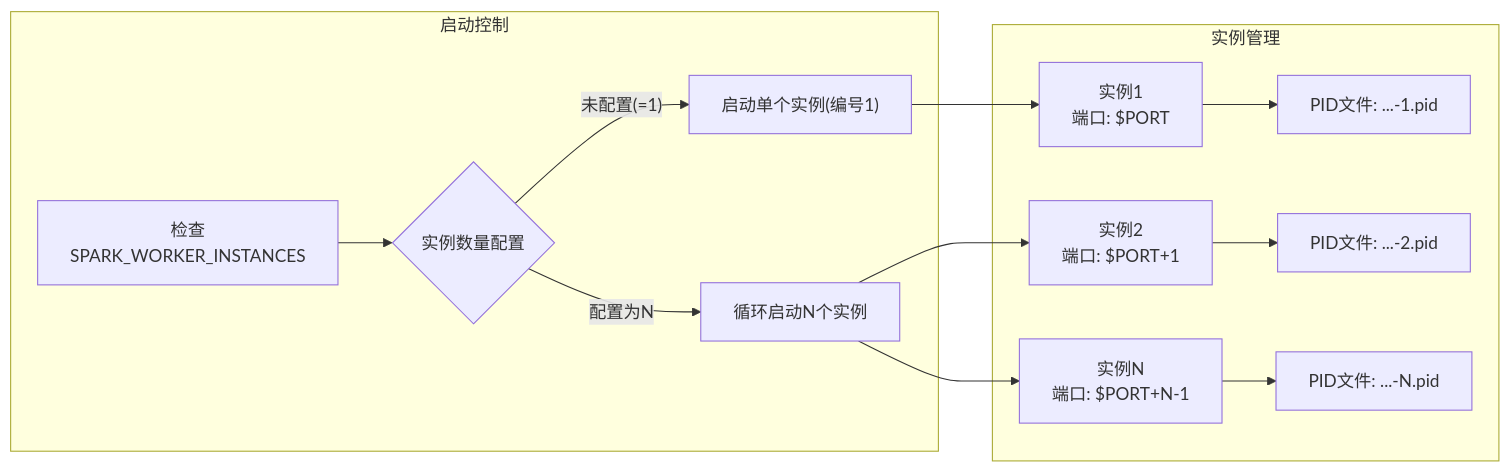
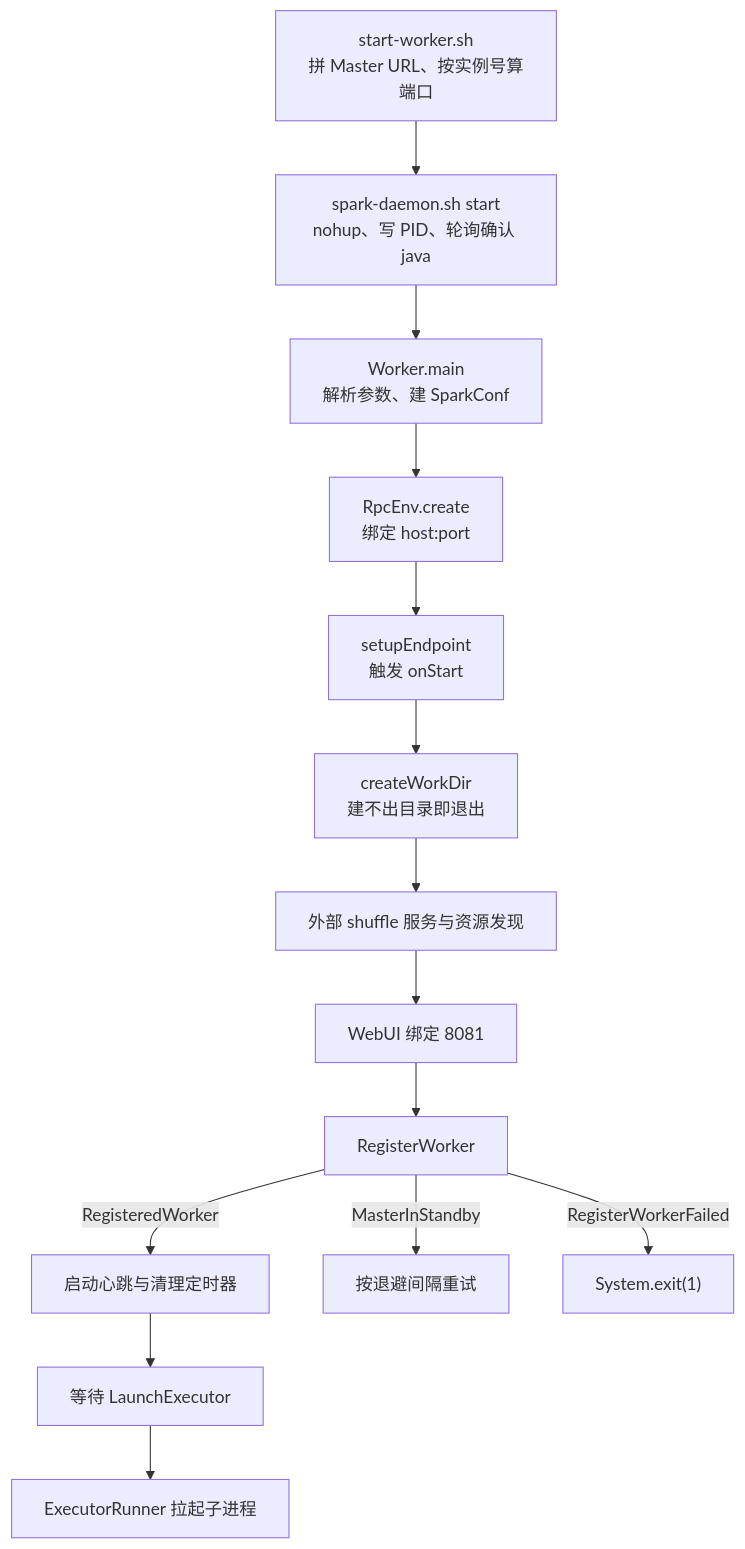
One commit to hpliStartAgain/my-brain changed the first of 5 diagrams in content/大数据/Spark/读书笔记-spark内核/02_系统架构与运行机制/2. Spark_Worker_启动原理.md. Above: the diagram before and after it, drawn with Mermaid. The commit also changed other lines of this file and 259 other files, not shown here.

````diff
--- a/content/大数据/Spark/读书笔记-spark内核/02_系统架构与运行机制/2. Spark_Worker_启动原理.md
+++ b/content/大数据/Spark/读书笔记-spark内核/02_系统架构与运行机制/2. Spark_Worker_启动原理.md
@@ -120,18 +59,17 @@
 ```mermaid
-flowchart LR
-    subgraph "启动控制"
-        A["检查SPARK_WORKER_INSTANCES"] --> B{"实例数量配置"}
-        B -->|"未配置(=1)"| C["启动单个实例(编号1)"]
-        B -->|"配置为N"| D["循环启动N个实例"]
-    end
-    
-    subgraph "实例管理"
-        E["实例1<br>端口: $PORT"] --> F["PID文件: ...-1.pid"]
-        G["实例2<br>端口: $PORT+1"] --> H["PID文件: ...-2.pid"]
-        I["实例N<br>端口: $PORT+N-1"] --> J["PID文件: ...-N.pid"]
-    end
-    
-    C --> E
-    D --> G
-    D --> I
+%%{init: {'theme': 'dracula'}}%%
+flowchart TD
+    A["start-worker.sh<br/>拼 Master URL、按实例号算端口"] --> B["spark-daemon.sh start<br/>nohup、写 PID、轮询确认 java"]
+    B --> C["Worker.main<br/>解析参数、建 SparkConf"]
+    C --> D["RpcEnv.create<br/>绑定 host:port"]
+    D --> E["setupEndpoint<br/>触发 onStart"]
+    E --> F["createWorkDir<br/>建不出目录即退出"]
+    F --> G["外部 shuffle 服务与资源发现"]
+    G --> H["WebUI 绑定 8081"]
+    H --> I["RegisterWorker"]
+    I -->|RegisteredWorker| J["启动心跳与清理定时器"]
+    I -->|MasterInStandby| K["按退避间隔重试"]
+    I -->|RegisterWorkerFailed| L["System.exit(1)"]
+    J --> M["等待 LaunchExecutor"]
+    M --> N["ExecutorRunner 拉起子进程"]
 ```
````
